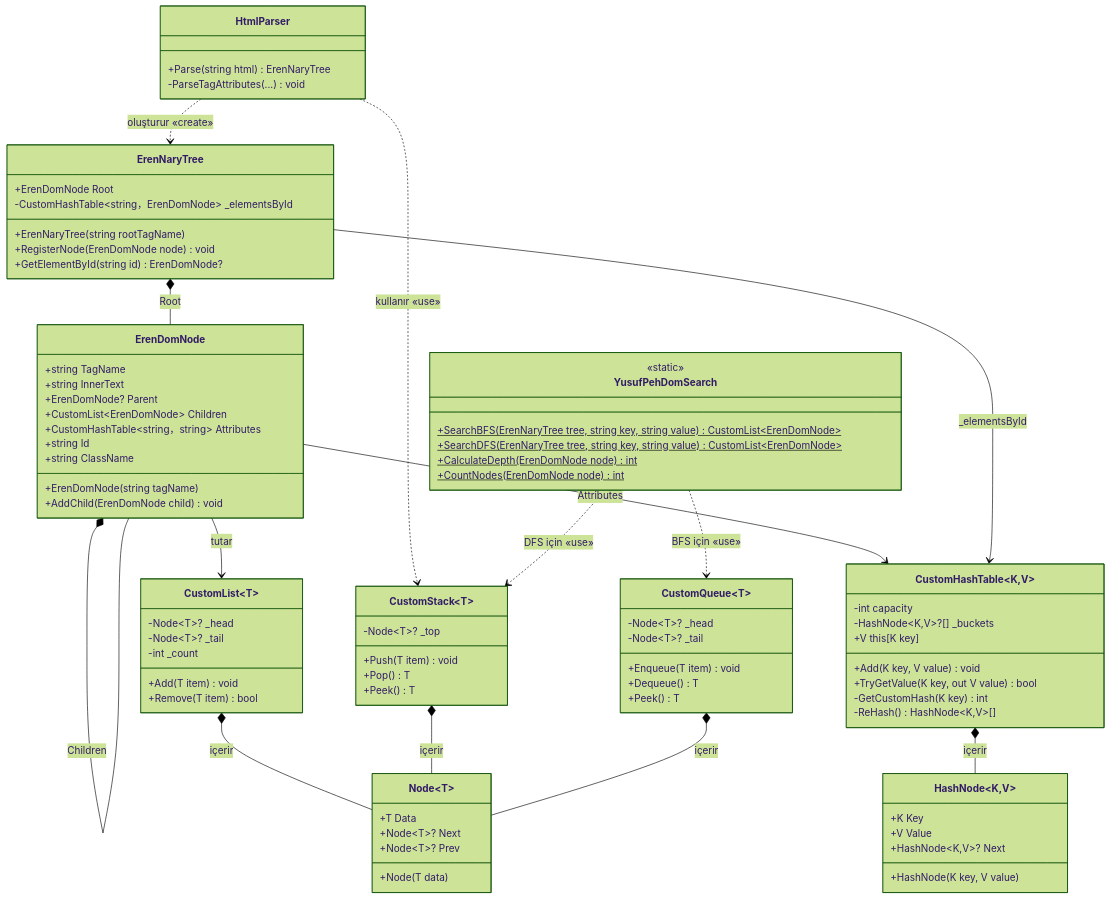
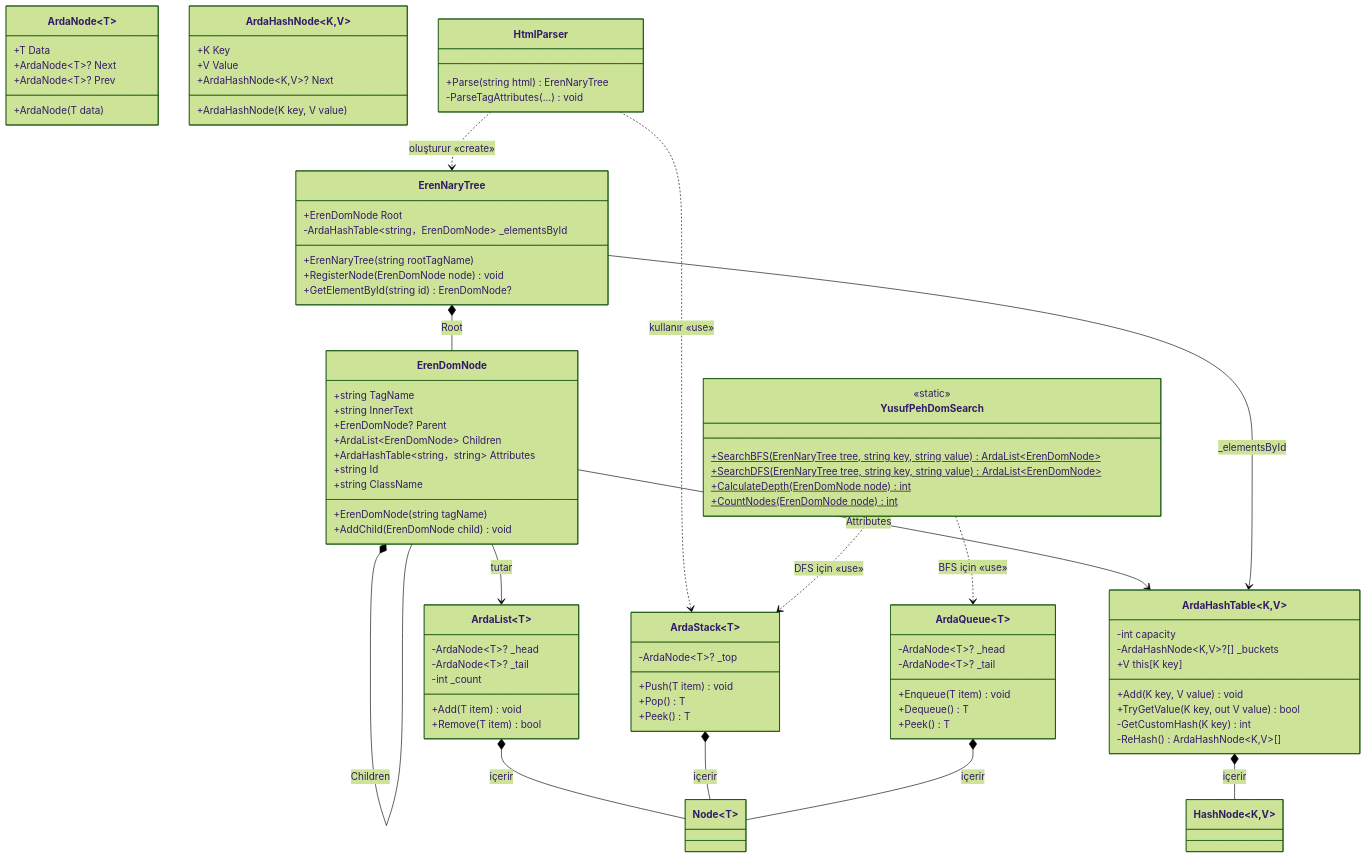
One commit to yagiz-dev/veri-yapilari-proje changed the diagram in README.md. Above: the diagram before and after it, drawn with Mermaid (forest theme). The commit also changed other lines of this file and 10 other files, not shown here.

````diff
--- a/README.md
+++ b/README.md
@@ -91,51 +91,51 @@
     %% KATMAN 1 — DataStructures (Veri Yapıları)
     %% ══════════════════════════════════════════════
 
-    class `Node~T~` {
+    class `ArdaNode~T~` {
         +T Data
-        +Node~T~? Next
-        +Node~T~? Prev
-        +Node(T data)
+        +ArdaNode~T~? Next
+        +ArdaNode~T~? Prev
+        +ArdaNode(T data)
     }
 
-    class `HashNode~K,V~` {
+    class `ArdaHashNode~K,V~` {
         +K Key
         +V Value
-        +HashNode~K,V~? Next
-        +HashNode(K key, V value)
+        +ArdaHashNode~K,V~? Next
+        +ArdaHashNode(K key, V value)
     }
 
-    class `CustomList~T~` {
-        -Node~T~? _head
-        -Node~T~? _tail
+    class `ArdaList~T~` {
+        -ArdaNode~T~? _head
+        -ArdaNode~T~? _tail
         -int _count
         +Add(T item) void
         +Remove(T item) bool
     }
 
-    class `CustomStack~T~` {
-        -Node~T~? _top
+    class `ArdaStack~T~` {
+        -ArdaNode~T~? _top
         +Push(T item) void
         +Pop() T
         +Peek() T
     }
 
-    class `CustomQueue~T~` {
-        -Node~T~? _head
-        -Node~T~? _tail
+    class `ArdaQueue~T~` {
+        -ArdaNode~T~? _head
+        -ArdaNode~T~? _tail
         +Enqueue(T item) void
         +Dequeue() T
         +Peek() T
     }
 
-    class `CustomHashTable~K,V~` {
+    class `ArdaHashTable~K,V~` {
         -int capacity
-        -HashNode~K,V~?[] _buckets
+        -ArdaHashNode~K,V~?[] _buckets
         +V this[K key]
         +Add(K key, V value) void
         +TryGetValue(K key, out V value) bool
         -GetCustomHash(K key) int
-        -ReHash() HashNode~K,V~[]
+        -ReHash() ArdaHashNode~K,V~[]
     }
 
     %% ══════════════════════════════════════════════
@@ -146,8 +146,8 @@
         +string TagName
         +string InnerText
         +ErenDomNode? Parent
-        +CustomList~ErenDomNode~ Children
-        +CustomHashTable~string，string~ Attributes
+        +ArdaList~ErenDomNode~ Children
+        +ArdaHashTable~string，string~ Attributes
         +string Id
         +string ClassName
         +ErenDomNode(string tagName)
@@ -156,7 +156,7 @@
 
     class ErenNaryTree {
         +ErenDomNode Root
-        -CustomHashTable~string，ErenDomNode~ _elementsById
+        -ArdaHashTable~string，ErenDomNode~ _elementsById
         +ErenNaryTree(string rootTagName)
         +RegisterNode(ErenDomNode node) void
         +GetElementById(string id) ErenDomNode?
@@ -173,8 +173,8 @@
 
     class YusufPehDomSearch {
         <<static>>
-        +SearchBFS(ErenNaryTree tree, string key, string value)$ CustomList~ErenDomNode~
-        +SearchDFS(ErenNaryTree tree, string key, string value)$ CustomList~ErenDomNode~
+        +SearchBFS(ErenNaryTree tree, string key, string value)$ ArdaList~ErenDomNode~
+        +SearchDFS(ErenNaryTree tree, string key, string value)$ ArdaList~ErenDomNode~
         +CalculateDepth(ErenDomNode node)$ int
         +CountNodes(ErenDomNode node)$ int
     }
@@ -183,19 +183,19 @@
     %%                 İLİŞKİLER
     %% ══════════════════════════════════════════════
 
-    `CustomList~T~` *-- `Node~T~` : içerir
-    `CustomStack~T~` *-- `Node~T~` : içerir
-    `CustomQueue~T~` *-- `Node~T~` : içerir
-    `CustomHashTable~K,V~` *-- `HashNode~K,V~` : içerir
+    `ArdaList~T~` *-- `Node~T~` : içerir
+    `ArdaStack~T~` *-- `Node~T~` : içerir
+    `ArdaQueue~T~` *-- `Node~T~` : içerir
+    `ArdaHashTable~K,V~` *-- `HashNode~K,V~` : içerir
     
     ErenNaryTree *-- ErenDomNode : Root
     ErenDomNode *-- ErenDomNode : Children
-    ErenDomNode --> `CustomList~ErenDomNode~` : tutar
-    ErenDomNode --> `CustomHashTable~string，string~` : Attributes
-    ErenNaryTree --> `CustomHashTable~string，ErenDomNode~` : _elementsById
+    ErenDomNode --> `ArdaList~ErenDomNode~` : tutar
+    ErenDomNode --> `ArdaHashTable~string，string~` : Attributes
+    ErenNaryTree --> `ArdaHashTable~string，ErenDomNode~` : _elementsById
 
     HtmlParser ..> ErenNaryTree : oluşturur «create»
-    HtmlParser ..> `CustomStack~T~` : kullanır «use»
-    YusufPehDomSearch..> `CustomQueue~T~` : BFS için «use»
-    YusufPehDomSearch ..> `CustomStack~T~` : DFS için «use»
+    HtmlParser ..> `ArdaStack~T~` : kullanır «use»
+    YusufPehDomSearch..> `ArdaQueue~T~` : BFS için «use»
+    YusufPehDomSearch ..> `ArdaStack~T~` : DFS için «use»
 ```
````
